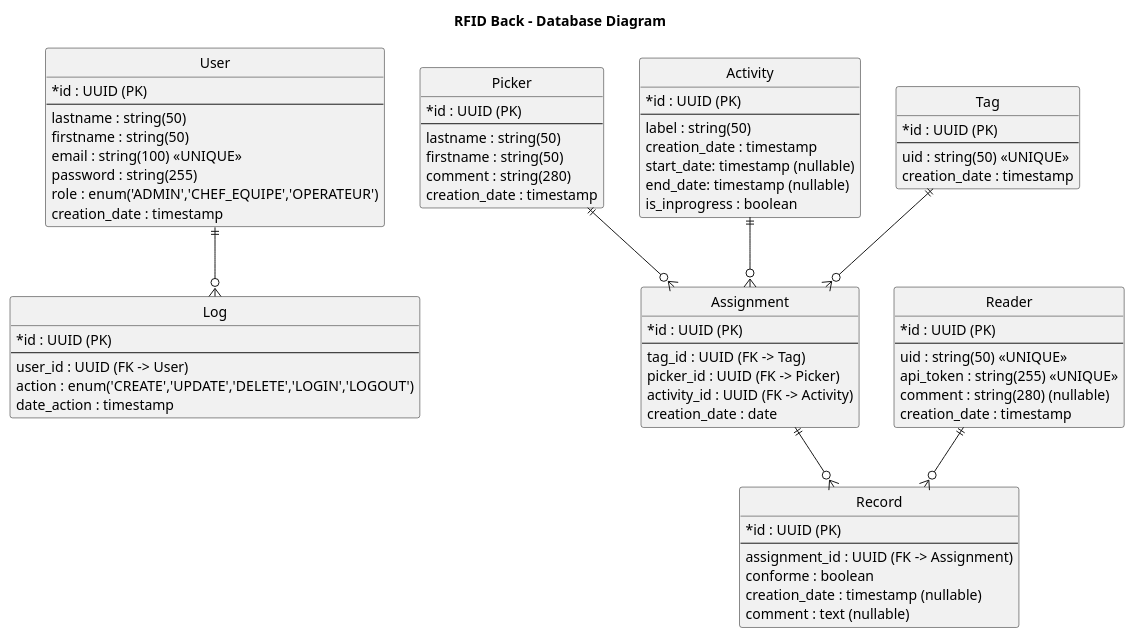
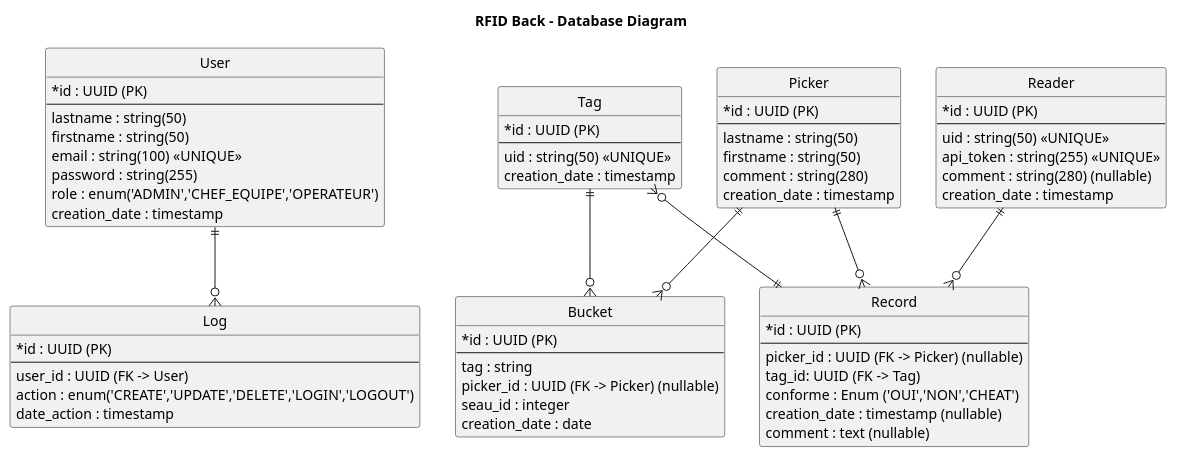
Before and after one commit to Azertyny/rfid-backend: the diagram in doc/20251013-database_diagram.puml, drawn with PlantUML.

Commit message:
Change DB diagram

```diff
--- a/doc/20251013-database_diagram.puml
+++ b/doc/20251013-database_diagram.puml
@@ -1,99 +1,91 @@
 @startuml database_diagram
 title RFID Back - Database Diagram
 
 ' ===============================
 ' DATABASE DIAGRAM
 ' ===============================
 hide circle
 'skinparam linetype ortho
 skinparam classAttributeIconSize 0
 
 ' TODO: Look at new UUID postgres type for primary keys (therefore no need for creation or update timestamps)
 
 ' ===============================
 ' MAIN ENTITIES
 ' ===============================
 
 entity "User" as user {
   *id : UUID (PK)
   --
   lastname : string(50)
   firstname : string(50)
   email : string(100) <<UNIQUE>>
   password : string(255)
   role : enum('ADMIN','CHEF_EQUIPE','OPERATEUR')
   creation_date : timestamp
 }
 
 entity "Picker" as picker {
   *id : UUID (PK)
   --
   lastname : string(50)
   firstname : string(50)
   comment : string(280)
   creation_date : timestamp
 }
 
-entity "Activity" as activity {
-  *id : UUID (PK)
-  --
-  label : string(50)
-  creation_date : timestamp
-  start_date: timestamp (nullable)
-  end_date: timestamp (nullable)
-  is_inprogress : boolean
-}
-
 entity "Tag" as tag {
   *id : UUID (PK)
   --
   uid : string(50) <<UNIQUE>>
   creation_date : timestamp
 }
 
-entity "Assignment" as assignment {
+entity "Bucket" as bucket {
   *id : UUID (PK)
   --
-  tag_id : UUID (FK -> Tag)
-  picker_id : UUID (FK -> Picker)
-  activity_id : UUID (FK -> Activity)
+  tag : string
+  picker_id : UUID (FK -> Picker) (nullable)
+  seau_id : integer
   creation_date : date
 }
 
 entity "Record" as record {
   *id : UUID (PK)
   --
-  assignment_id : UUID (FK -> Assignment)
-  conforme : boolean
+  picker_id : UUID (FK -> Picker) (nullable)
+  tag_id: UUID (FK -> Tag)
+  conforme : Enum ('OUI','NON','CHEAT')
   creation_date : timestamp (nullable)
   comment : text (nullable)
 }
 
 entity "Log" as log {
   *id : UUID (PK)
   --
   user_id : UUID (FK -> User)
   action : enum('CREATE','UPDATE','DELETE','LOGIN','LOGOUT')
   date_action : timestamp
 }
 
 entity "Reader" as reader {
   *id : UUID (PK)
   --
   uid : string(50) <<UNIQUE>>
   api_token : string(255) <<UNIQUE>>
   comment : string(280) (nullable)
   creation_date : timestamp
 }
-  
+
 ' ===============================
 ' RELATIONS & CARDINALITÉS
 ' ===============================
 user ||--o{ log
-picker ||--o{ assignment
-activity ||--o{ assignment
-tag ||--o{ assignment
-assignment ||--o{ record
+picker ||--o{ bucket
+' activity ||--o{ assignment
+tag ||--o{ bucket
+picker ||--o{ record
 reader ||--o{ record
+tag }o--|| record
 
 @enduml
```
